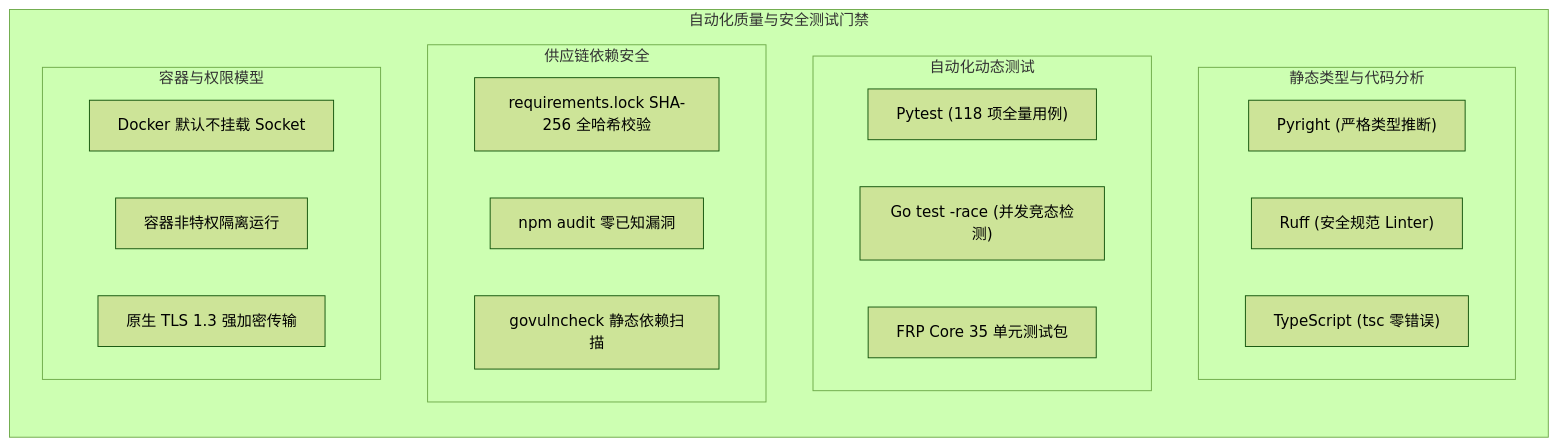
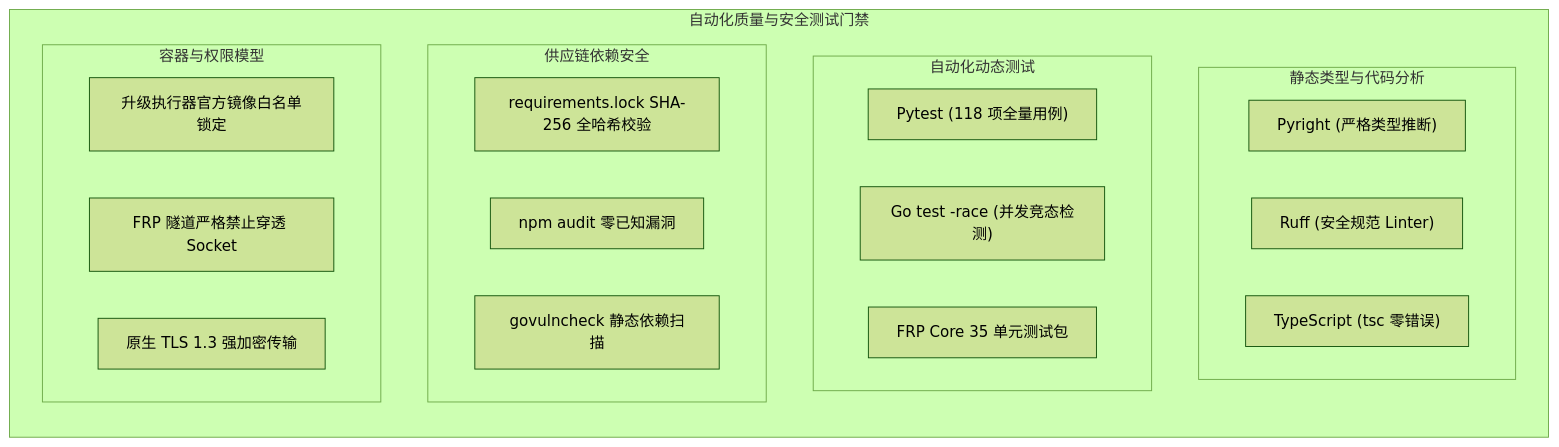
The diagram in SECURITY.md (newbietan/FRP-ALL-IN-ONE), drawn with Mermaid (forest theme) before and after one commit. The commit also changed other lines of this file and 7 other files, not shown here.

Commit message:
feat: 恢复 Docker Socket 挂载以支持平滑升级，并实现服务启动自适应就绪免除重复初始化向导

````diff
--- a/SECURITY.md
+++ b/SECURITY.md
@@ -73,30 +73,30 @@
 ```mermaid
 flowchart TB
     subgraph Gate["自动化质量与安全测试门禁"]
         direction TB
 
         subgraph StaticAnalysis["静态类型与代码分析"]
             S1["Pyright (严格类型推断)"]
             S2["Ruff (安全规范 Linter)"]
             S3["TypeScript (tsc 零错误)"]
         end
 
         subgraph DynamicTesting["自动化动态测试"]
             D1["Pytest (118 项全量用例)"]
             D2["Go test -race (并发竞态检测)"]
             D3["FRP Core 35 单元测试包"]
         end
 
         subgraph SupplyChain["供应链依赖安全"]
             C1["requirements.lock SHA-256 全哈希校验"]
             C2["npm audit 零已知漏洞"]
             C3["govulncheck 静态依赖扫描"]
         end
 
         subgraph SecurityModel["容器与权限模型"]
-            M1["Docker 默认不挂载 Socket"]
-            M2["容器非特权隔离运行"]
+            M1["升级执行器官方镜像白名单锁定"]
+            M2["FRP 隧道严格禁止穿透 Socket"]
             M3["原生 TLS 1.3 强加密传输"]
         end
     end
 ```
````
